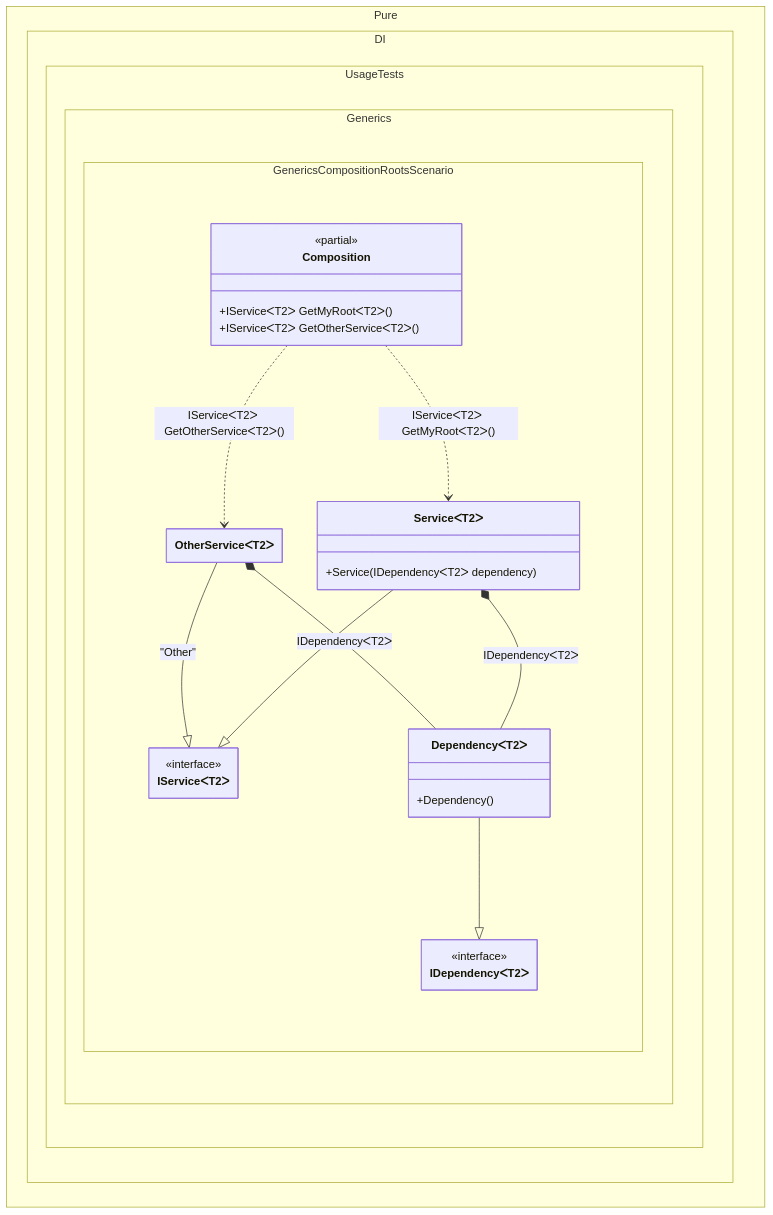
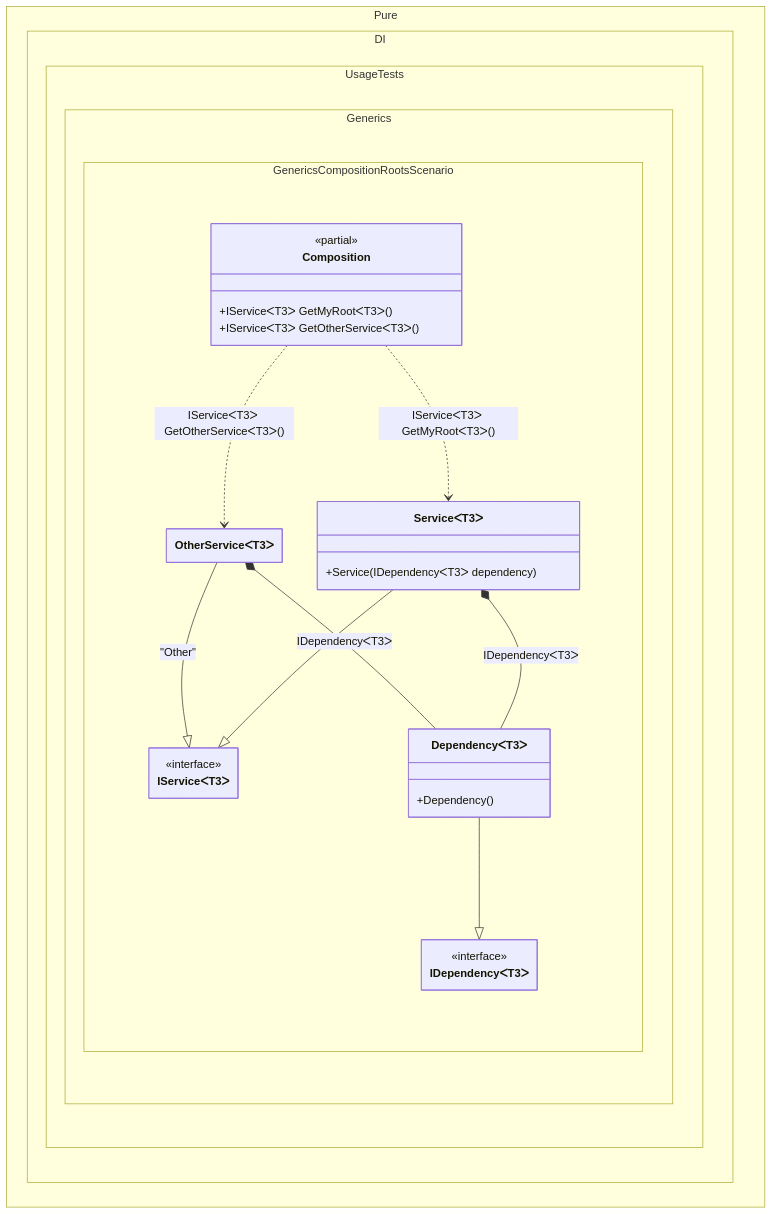
Before and after one commit to DevTeam/Pure.DI: the diagram in readme/generic-composition-roots.md, drawn with Mermaid. The commit also changed other lines of this file and 42 other files, not shown here.

````diff
--- a/readme/generic-composition-roots.md
+++ b/readme/generic-composition-roots.md
@@ -121,36 +121,36 @@
 ```mermaid
 ---
  config:
   class:
    hideEmptyMembersBox: true
 ---
 classDiagram
-	OtherServiceᐸT2ᐳ --|> IServiceᐸT2ᐳ : "Other" 
-	ServiceᐸT2ᐳ --|> IServiceᐸT2ᐳ
-	DependencyᐸT2ᐳ --|> IDependencyᐸT2ᐳ
-	Composition ..> OtherServiceᐸT2ᐳ : IServiceᐸT2ᐳ GetOtherServiceᐸT2ᐳ()
-	Composition ..> ServiceᐸT2ᐳ : IServiceᐸT2ᐳ GetMyRootᐸT2ᐳ()
-	OtherServiceᐸT2ᐳ *--  DependencyᐸT2ᐳ : IDependencyᐸT2ᐳ
-	ServiceᐸT2ᐳ *--  DependencyᐸT2ᐳ : IDependencyᐸT2ᐳ
+	OtherServiceᐸT3ᐳ --|> IServiceᐸT3ᐳ : "Other" 
+	ServiceᐸT3ᐳ --|> IServiceᐸT3ᐳ
+	DependencyᐸT3ᐳ --|> IDependencyᐸT3ᐳ
+	Composition ..> OtherServiceᐸT3ᐳ : IServiceᐸT3ᐳ GetOtherServiceᐸT3ᐳ()
+	Composition ..> ServiceᐸT3ᐳ : IServiceᐸT3ᐳ GetMyRootᐸT3ᐳ()
+	OtherServiceᐸT3ᐳ *--  DependencyᐸT3ᐳ : IDependencyᐸT3ᐳ
+	ServiceᐸT3ᐳ *--  DependencyᐸT3ᐳ : IDependencyᐸT3ᐳ
 	namespace Pure.DI.UsageTests.Generics.GenericsCompositionRootsScenario {
 		class Composition {
 		<<partial>>
-		+IServiceᐸT2ᐳ GetMyRootᐸT2ᐳ()
-		+IServiceᐸT2ᐳ GetOtherServiceᐸT2ᐳ()
+		+IServiceᐸT3ᐳ GetMyRootᐸT3ᐳ()
+		+IServiceᐸT3ᐳ GetOtherServiceᐸT3ᐳ()
 		}
-		class DependencyᐸT2ᐳ {
+		class DependencyᐸT3ᐳ {
 			+Dependency()
 		}
-		class IDependencyᐸT2ᐳ {
+		class IDependencyᐸT3ᐳ {
 			<<interface>>
 		}
-		class IServiceᐸT2ᐳ {
+		class IServiceᐸT3ᐳ {
 			<<interface>>
 		}
-		class OtherServiceᐸT2ᐳ {
+		class OtherServiceᐸT3ᐳ {
 		}
-		class ServiceᐸT2ᐳ {
-			+Service(IDependencyᐸT2ᐳ dependency)
+		class ServiceᐸT3ᐳ {
+			+Service(IDependencyᐸT3ᐳ dependency)
 		}
 	}
 ```
````
